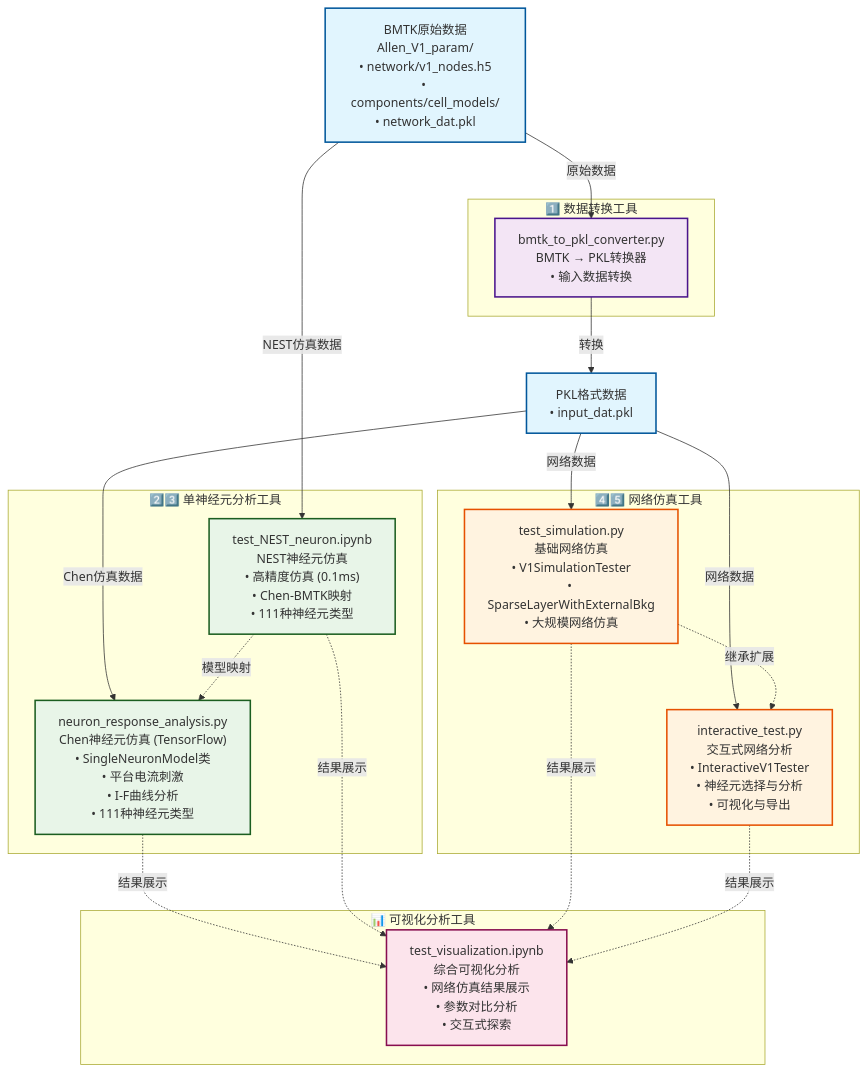
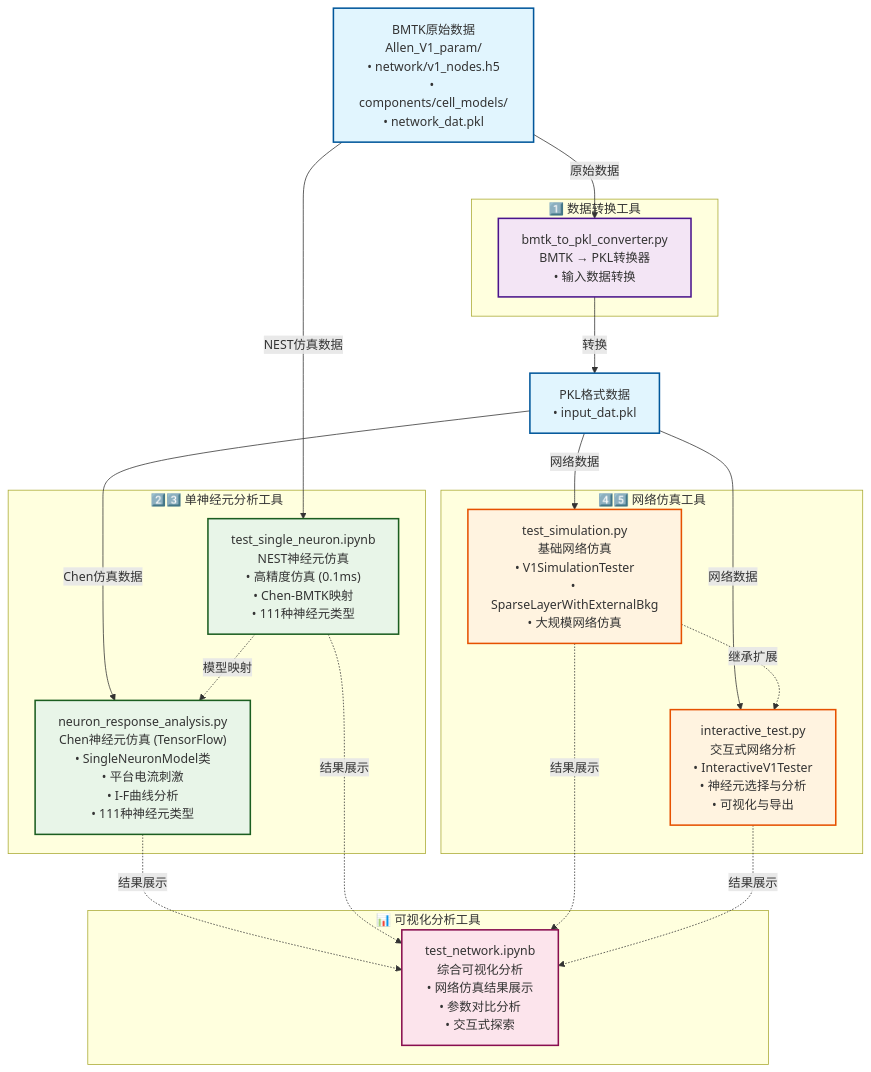
The diagram in README.md (sdgds/Chen_package_test), drawn with Mermaid before and after one commit. The commit also changed other lines of this file, not shown here.

````diff
--- a/README.md
+++ b/README.md
@@ -17,67 +17,67 @@
 ```mermaid
 graph TD
     %% 数据源
     BMTK["BMTK原始数据<br/>Allen_V1_param/<br/>• network/v1_nodes.h5<br/>• components/cell_models/<br/>• network_dat.pkl"]
     
     %% 数据转换工具
     subgraph DataConv ["1️⃣ 数据转换工具"]
         Converter["bmtk_to_pkl_converter.py<br/>BMTK → PKL转换器<br/>• 输入数据转换"]
     end
     
     %% 转换后的数据
     PKL["PKL格式数据<br/>• input_dat.pkl"]
     
     %% 单神经元分析工具
     subgraph SingleNeuron ["2️⃣3️⃣ 单神经元分析工具"]
         ChenSim["neuron_response_analysis.py<br/>Chen神经元仿真 (TensorFlow)<br/>• SingleNeuronModel类<br/>• 平台电流刺激<br/>• I-F曲线分析<br/>• 111种神经元类型"]
-        NESTSim["test_NEST_neuron.ipynb<br/>NEST神经元仿真<br/>• 高精度仿真 (0.1ms)<br/>• Chen-BMTK映射<br/>• 111种神经元类型"]
+        NESTSim["test_single_neuron.ipynb<br/>NEST神经元仿真<br/>• 高精度仿真 (0.1ms)<br/>• Chen-BMTK映射<br/>• 111种神经元类型"]
     end
     
     %% 网络仿真工具
     subgraph NetworkSim ["4️⃣5️⃣ 网络仿真工具"]
         BasicSim["test_simulation.py<br/>基础网络仿真<br/>• V1SimulationTester<br/>• SparseLayerWithExternalBkg<br/>• 大规模网络仿真"]
         InteractiveSim["interactive_test.py<br/>交互式网络分析<br/>• InteractiveV1Tester<br/>• 神经元选择与分析<br/>• 可视化与导出"]
     end
     
     %% 可视化工具
     subgraph Visualization ["📊 可视化分析工具"]
-        VisNB["test_visualization.ipynb<br/>综合可视化分析<br/>• 网络仿真结果展示<br/>• 参数对比分析<br/>• 交互式探索"]
+        VisNB["test_network.ipynb<br/>综合可视化分析<br/>• 网络仿真结果展示<br/>• 参数对比分析<br/>• 交互式探索"]
     end
     
     %% 数据流和调用关系
     BMTK -->|原始数据| Converter
     Converter -->|转换| PKL
     
     %% 单神经元分析的数据输入
     PKL -->|Chen仿真数据| ChenSim
     BMTK -->|NEST仿真数据| NESTSim
     
     %% 网络仿真的数据输入
     PKL -->|网络数据| BasicSim
     PKL -->|网络数据| InteractiveSim
     
     %% 模块间的调用关系
     BasicSim -.->|继承扩展| InteractiveSim
     NESTSim -.->|模型映射| ChenSim
     
     %% 可视化工具的输入
     ChenSim -.->|结果展示| VisNB
     NESTSim -.->|结果展示| VisNB
     BasicSim -.->|结果展示| VisNB
     InteractiveSim -.->|结果展示| VisNB
     
     %% 样式设置
     classDef dataClass fill:#e1f5fe,stroke:#01579b,stroke-width:2px
     classDef convertClass fill:#f3e5f5,stroke:#4a148c,stroke-width:2px
     classDef singleClass fill:#e8f5e8,stroke:#1b5e20,stroke-width:2px
     classDef networkClass fill:#fff3e0,stroke:#e65100,stroke-width:2px
     classDef visClass fill:#fce4ec,stroke:#880e4f,stroke-width:2px
     classDef resultClass fill:#f1f8e9,stroke:#33691e,stroke-width:1px
     
     class BMTK,PKL dataClass
     class Converter convertClass
     class ChenSim,NESTSim singleClass
     class BasicSim,InteractiveSim networkClass
     class VisNB visClass
     class Results1,Results2,Results3,Results4 resultClass
 ```
````
